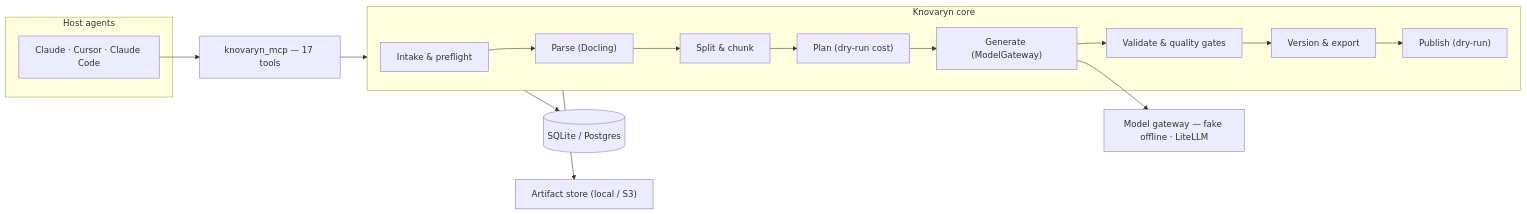
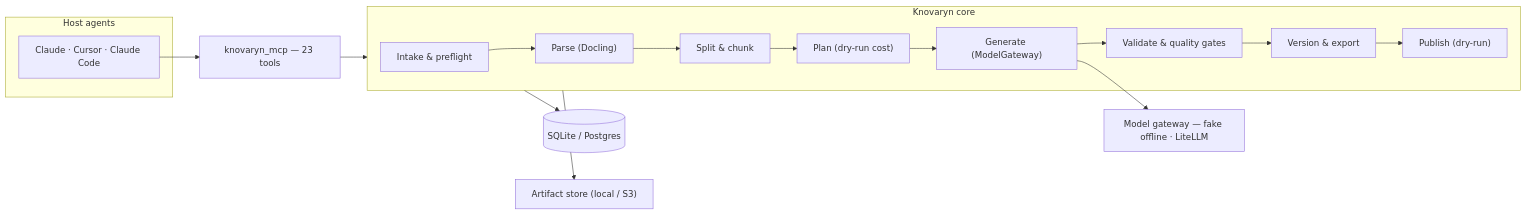
The diagram in docs/omnitrain-mcp.md (waalwalker1/knovaryn), drawn with Mermaid before and after one commit. The commit also changed 12 other files, not shown here.

````diff
--- a/docs/omnitrain-mcp.md
+++ b/docs/omnitrain-mcp.md
@@ -39,20 +39,20 @@
 ```mermaid
 flowchart LR
     subgraph AGENTS["Host agents"]
         MCPAG["Claude · Cursor · Claude Code"]
     end
-    MCPAG --> M["knovaryn_mcp — 17 tools"]
+    MCPAG --> M["knovaryn_mcp — 23 tools"]
     subgraph CORE["Knovaryn core"]
         IN["Intake & preflight"] --> PA["Parse (Docling)"]
         PA --> SP["Split & chunk"]
         SP --> PL["Plan (dry-run cost)"]
         PL --> GE["Generate (ModelGateway)"]
         GE --> VA["Validate & quality gates"]
         VA --> VE["Version & export"]
         VE --> PU["Publish (dry-run)"]
     end
     M --> CORE
     CORE --> DB[("SQLite / Postgres")]
     CORE --> ART["Artifact store (local / S3)"]
     GE --> MG["Model gateway — fake offline · LiteLLM"]
 ```
````
